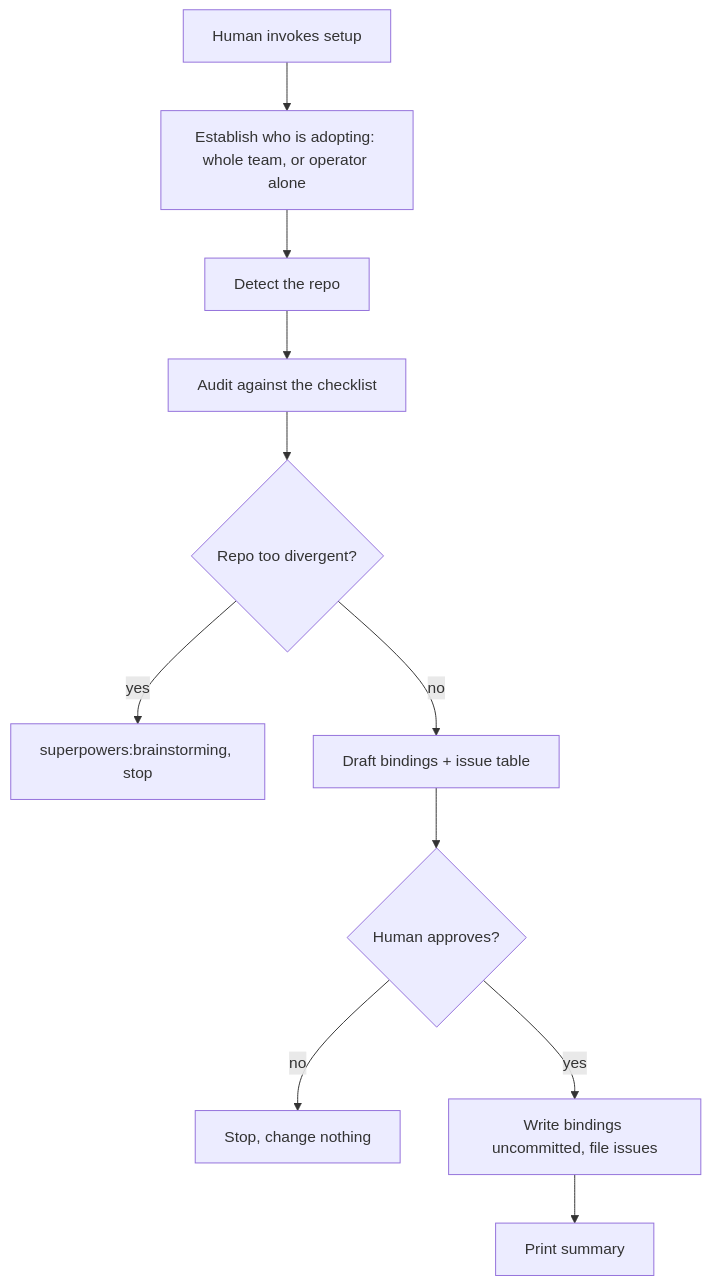
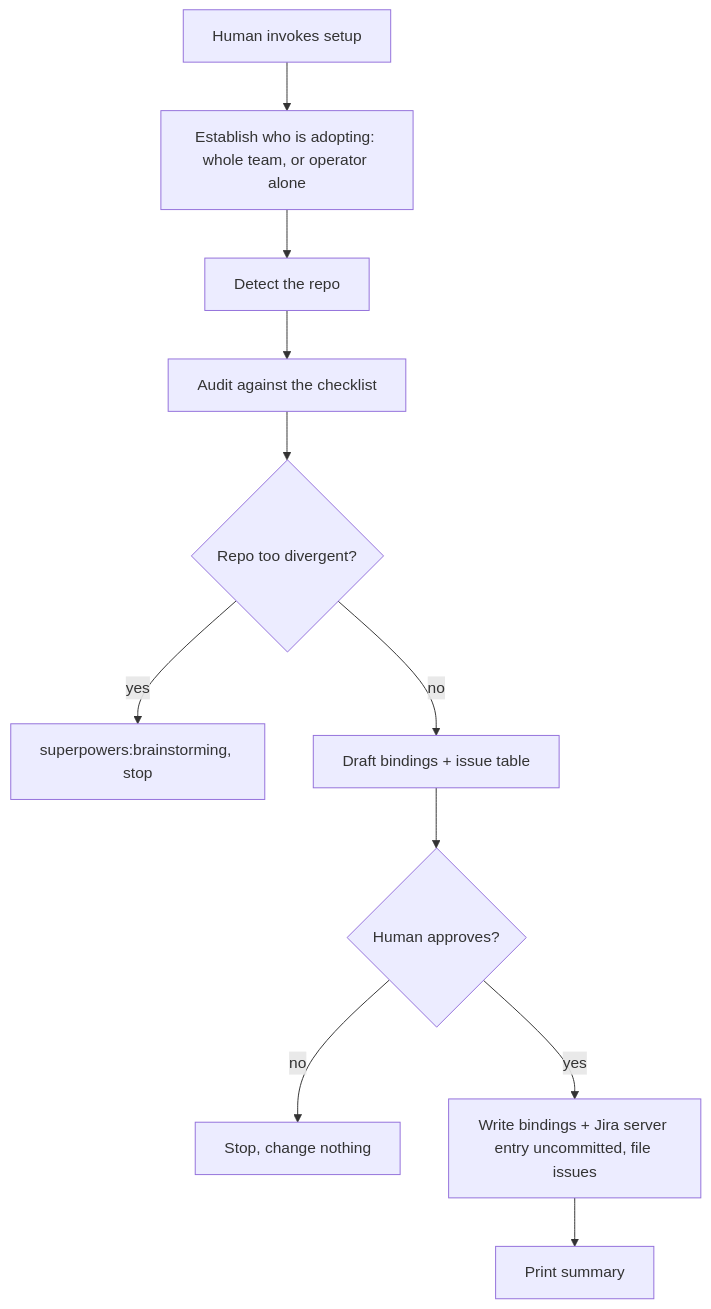
The diagram in plugins/apptension-sdlc/skills/setup/SKILL.md (apptension/apptension-sdlc), drawn with Mermaid before and after one commit. The commit also changed other lines of this file and 15 other files, not shown here.

````diff
--- a/plugins/apptension-sdlc/skills/setup/SKILL.md
+++ b/plugins/apptension-sdlc/skills/setup/SKILL.md
@@ -24,13 +29,13 @@
 ```mermaid
 flowchart TD
     A[Human invokes setup] --> A0[Establish who is adopting: whole team, or operator alone]
     A0 --> B[Detect the repo]
     B --> C[Audit against the checklist]
     C --> D{Repo too divergent?}
     D -- yes --> E[superpowers:brainstorming, stop]
     D -- no --> F[Draft bindings + issue table]
     F --> G{Human approves?}
     G -- no --> H[Stop, change nothing]
-    G -- yes --> I[Write bindings uncommitted, file issues]
+    G -- yes --> I[Write bindings + Jira server entry uncommitted, file issues]
     I --> J[Print summary]
 ```
````
